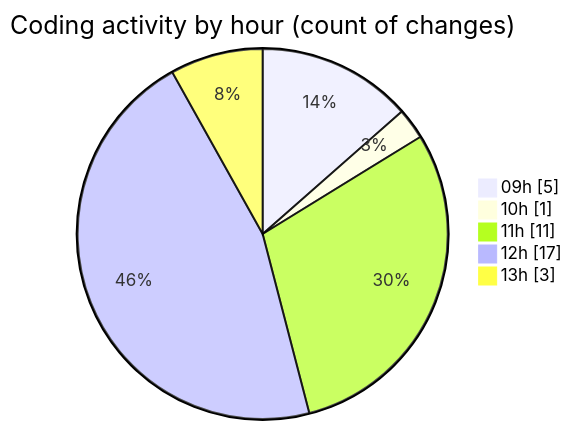
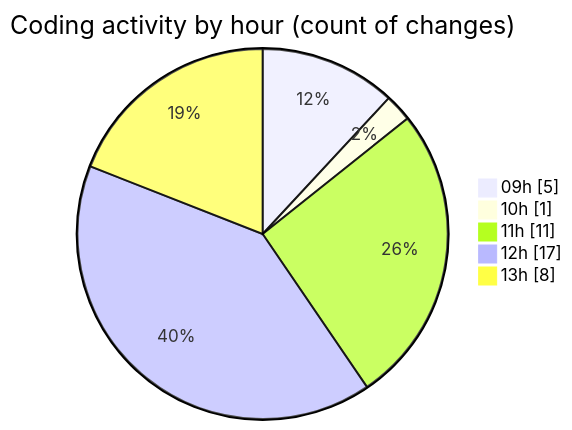
One commit to momahboobian/code-tracking changed the second of 2 diagrams in 2025-09-04/cda/README.md. Above: the diagram before and after it, drawn with Mermaid. The commit also changed other lines of this file and 1 other file, not shown here.

````diff
--- a/2025-09-04/cda/README.md
+++ b/2025-09-04/cda/README.md
@@ -34,9 +34,9 @@
 ```mermaid
 pie showData
 title Coding activity by hour (count of changes)
 "09h" : 5
 "10h" : 1
 "11h" : 11
 "12h" : 17
-"13h" : 3
+"13h" : 8
 ```
````
